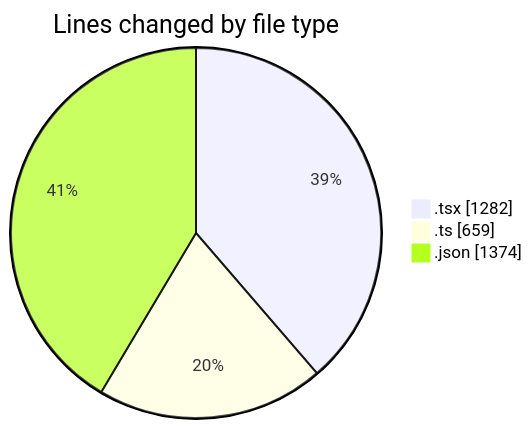
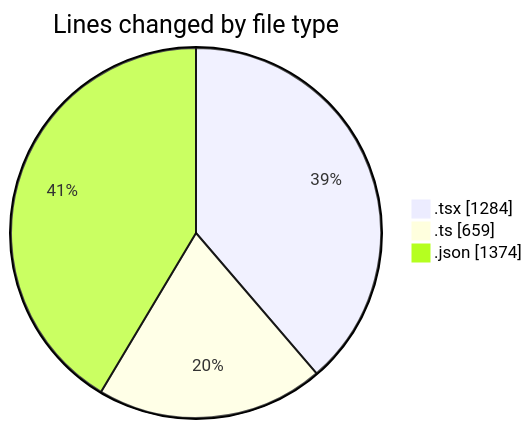
One commit to julien-gomy/code-tracking changed the first of 2 diagrams in 2025-10-16/eventscop-frontend-guide__workspace_/README.md. Above: the diagram before and after it, drawn with Mermaid. The commit also changed other lines of this file and 1 other file, not shown here.

````diff
--- a/2025-10-16/eventscop-frontend-guide__workspace_/README.md
+++ b/2025-10-16/eventscop-frontend-guide__workspace_/README.md
@@ -37,7 +37,7 @@
 ```mermaid
 pie showData
 title Lines changed by file type
-".tsx" : 1282
+".tsx" : 1284
 ".ts" : 659
 ".json" : 1374
 ```
````
